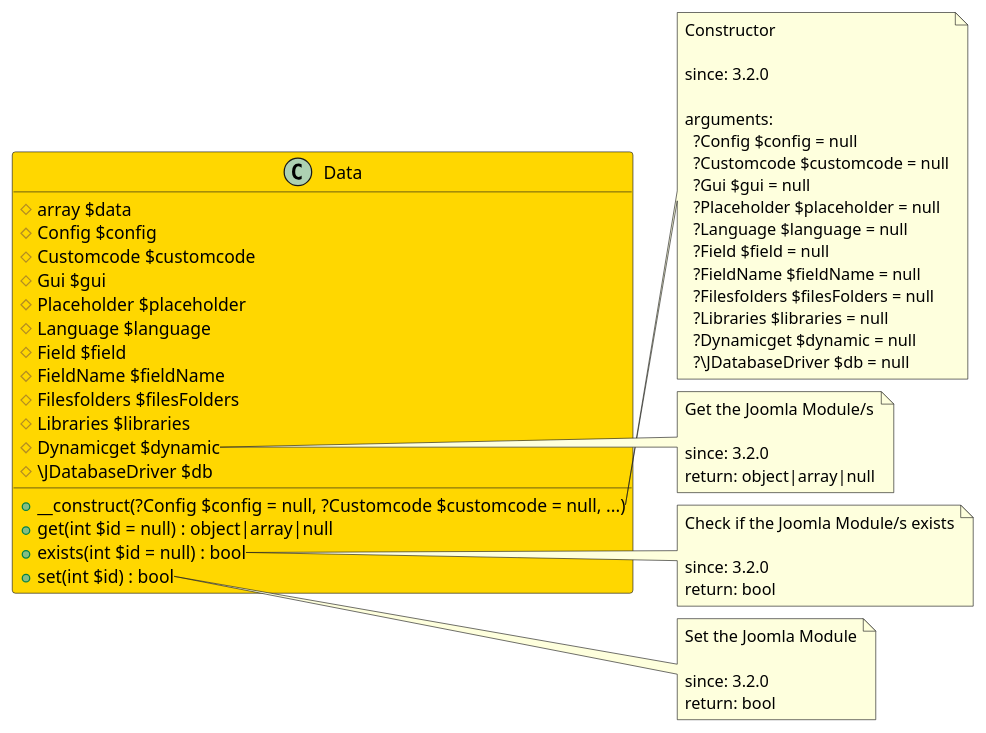
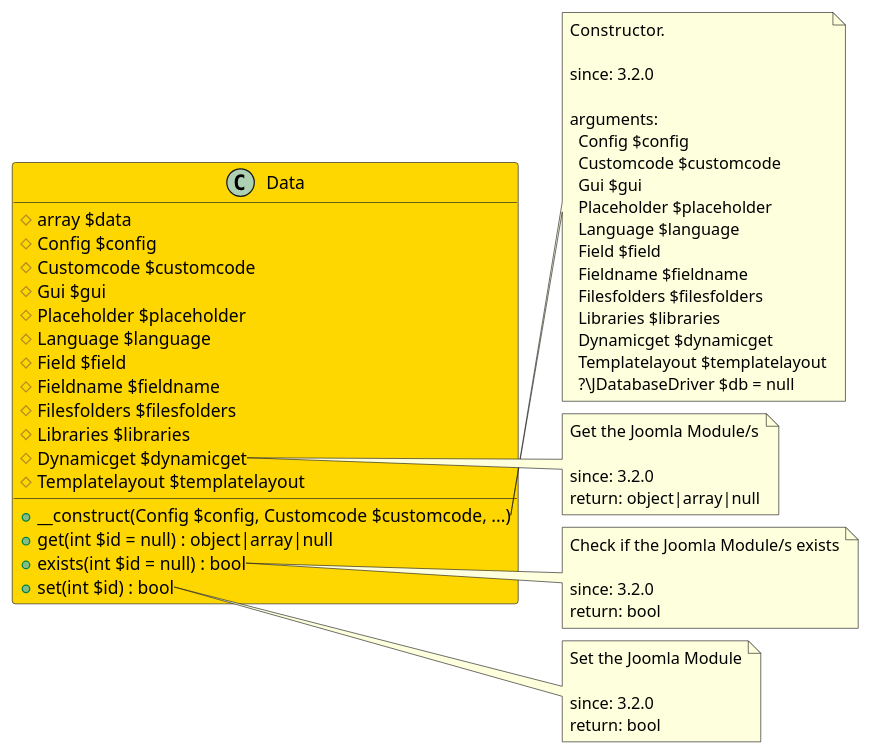
Before and after one commit to joomengine/jcb-compiler: the diagram in src/cb11e8d9-69c2-4095-831c-59908ea402e7/README.md, drawn with PlantUML. The commit also changed 37 other files, not shown here.

````diff
--- a/src/cb11e8d9-69c2-4095-831c-59908ea402e7/README.md
+++ b/src/cb11e8d9-69c2-4095-831c-59908ea402e7/README.md
@@ -11,63 +11,64 @@
 ```uml
 @startuml
 class Data  #Gold {
   # array $data
   # Config $config
   # Customcode $customcode
   # Gui $gui
   # Placeholder $placeholder
   # Language $language
   # Field $field
-  # FieldName $fieldName
-  # Filesfolders $filesFolders
+  # Fieldname $fieldname
+  # Filesfolders $filesfolders
   # Libraries $libraries
-  # Dynamicget $dynamic
-  # \JDatabaseDriver $db
-  + __construct(?Config $config = null, ?Customcode $customcode = null, ...)
+  # Dynamicget $dynamicget
+  # Templatelayout $templatelayout
+  + __construct(Config $config, Customcode $customcode, ...)
   + get(int $id = null) : object|array|null
   + exists(int $id = null) : bool
   + set(int $id) : bool
 }
 
 note right of Data::__construct
-  Constructor
+  Constructor.
 
   since: 3.2.0
   
   arguments:
-    ?Config $config = null
-    ?Customcode $customcode = null
-    ?Gui $gui = null
-    ?Placeholder $placeholder = null
-    ?Language $language = null
-    ?Field $field = null
-    ?FieldName $fieldName = null
-    ?Filesfolders $filesFolders = null
-    ?Libraries $libraries = null
-    ?Dynamicget $dynamic = null
+    Config $config
+    Customcode $customcode
+    Gui $gui
+    Placeholder $placeholder
+    Language $language
+    Field $field
+    Fieldname $fieldname
+    Filesfolders $filesfolders
+    Libraries $libraries
+    Dynamicget $dynamicget
+    Templatelayout $templatelayout
     ?\JDatabaseDriver $db = null
 end note
 
 note right of Data::get
   Get the Joomla Module/s
 
   since: 3.2.0
   return: object|array|null
 end note
 
 note right of Data::exists
   Check if the Joomla Module/s exists
 
   since: 3.2.0
   return: bool
 end note
 
 note right of Data::set
   Set the Joomla Module
 
   since: 3.2.0
   return: bool
 end note
  
 @enduml
 ```
````
